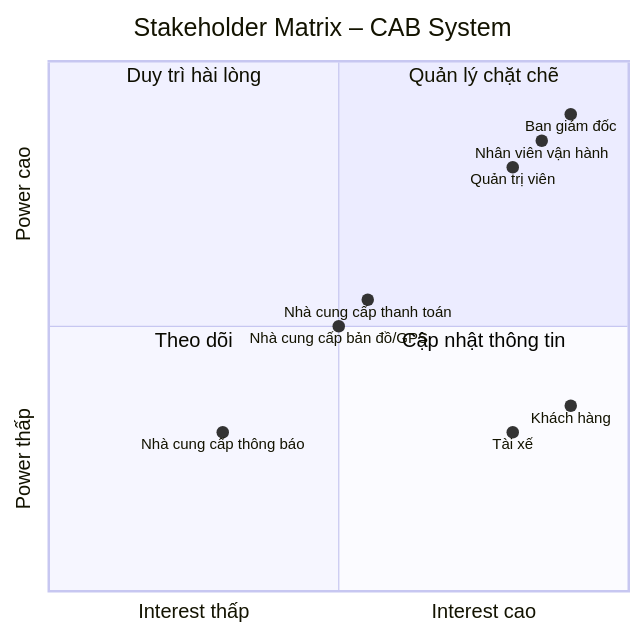
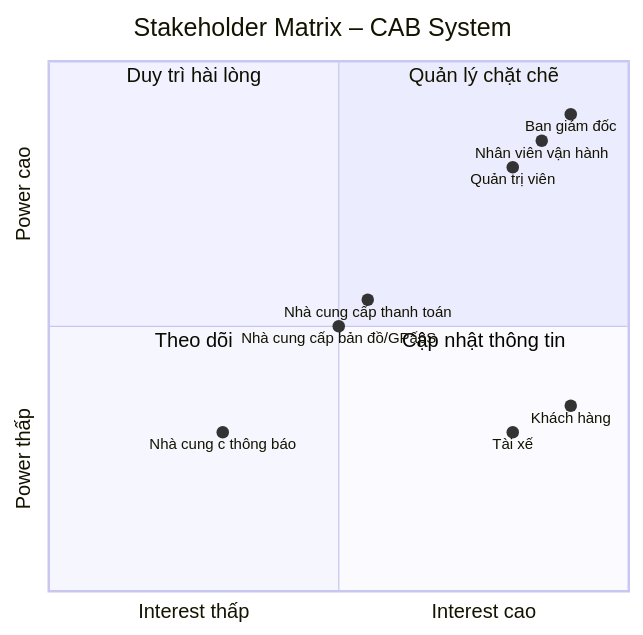
One commit to hieunghia11a10-prog/23670421_LeHieuNghia_CABSYSTEM changed the diagram in SRS.md. Above: the diagram before and after it, drawn with Mermaid. The commit also changed other lines of this file, not shown here.

````diff
--- a/SRS.md
+++ b/SRS.md
@@ -41,20 +41,20 @@
 ```mermaid
 quadrantChart
     title Stakeholder Matrix – CAB System
     x-axis "Interest thấp" --> "Interest cao"
     y-axis "Power thấp" --> "Power cao"
 
     quadrant-1 "Quản lý chặt chẽ"
     quadrant-2 "Duy trì hài lòng"
     quadrant-3 "Theo dõi"
     quadrant-4 "Cập nhật thông tin"
 
     "Ban giám đốc": [0.9, 0.9]
     "Nhân viên vận hành": [0.85, 0.85]
     "Quản trị viên": [0.8, 0.8]
     "Khách hàng": [0.9, 0.35]
     "Tài xế": [0.8, 0.3]
     "Nhà cung cấp thanh toán": [0.55, 0.55]
-    "Nhà cung cấp bản đồ/GPS": [0.5, 0.5]
-    "Nhà cung cấp thông báo": [0.3, 0.3]
+    "Nhà cung cấp bản đồ/GPấpS": [0.5, 0.5]
+    "Nhà cung c thông báo": [0.3, 0.3]
 ```
````
